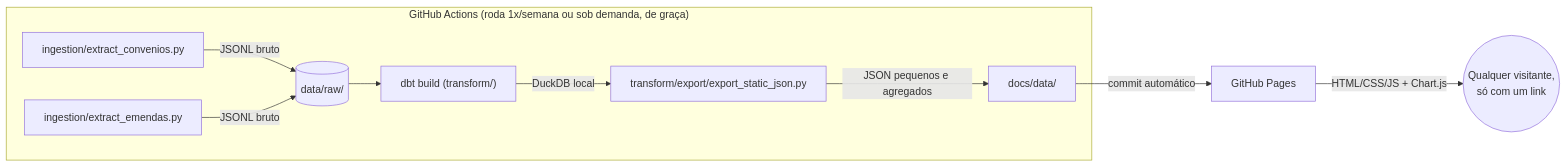
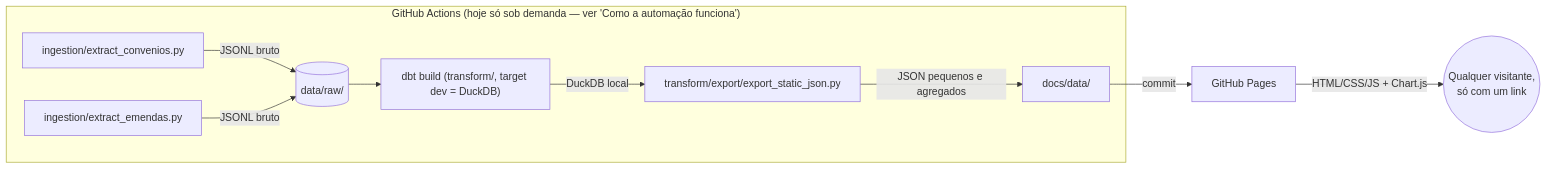
One commit to dexcarva/br-public-spending-pipeline changed the first of 2 diagrams in README.md. Above: the diagram before and after it, drawn with Mermaid. The commit also changed other lines of this file and 21 other files, not shown here.

````diff
--- a/README.md
+++ b/README.md
@@ -32,12 +35,12 @@
 ```mermaid
 flowchart LR
-    subgraph "GitHub Actions (roda 1x/semana ou sob demanda, de graça)"
+    subgraph "GitHub Actions (hoje só sob demanda — ver 'Como a automação funciona')"
         A1[ingestion/extract_convenios.py] -->|JSONL bruto| B[(data/raw/)]
         A2[ingestion/extract_emendas.py] -->|JSONL bruto| B
-        B --> C["dbt build (transform/)"]
+        B --> C["dbt build (transform/, target dev = DuckDB)"]
         C -->|DuckDB local| D[transform/export/export_static_json.py]
         D -->|JSON pequenos e agregados| E[docs/data/]
     end
-    E -->|commit automático| F[GitHub Pages]
+    E -->|commit| F[GitHub Pages]
     F -->|HTML/CSS/JS + Chart.js| G((Qualquer visitante,\nsó com um link))
 ```
````
